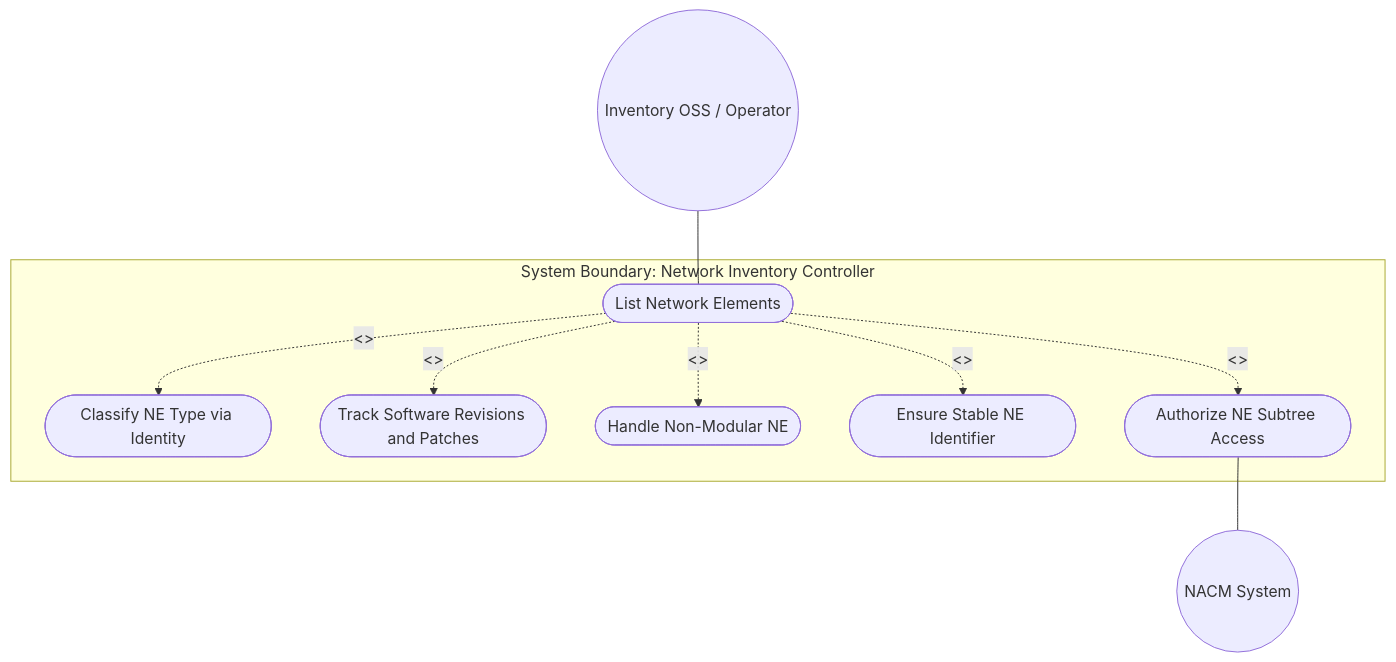
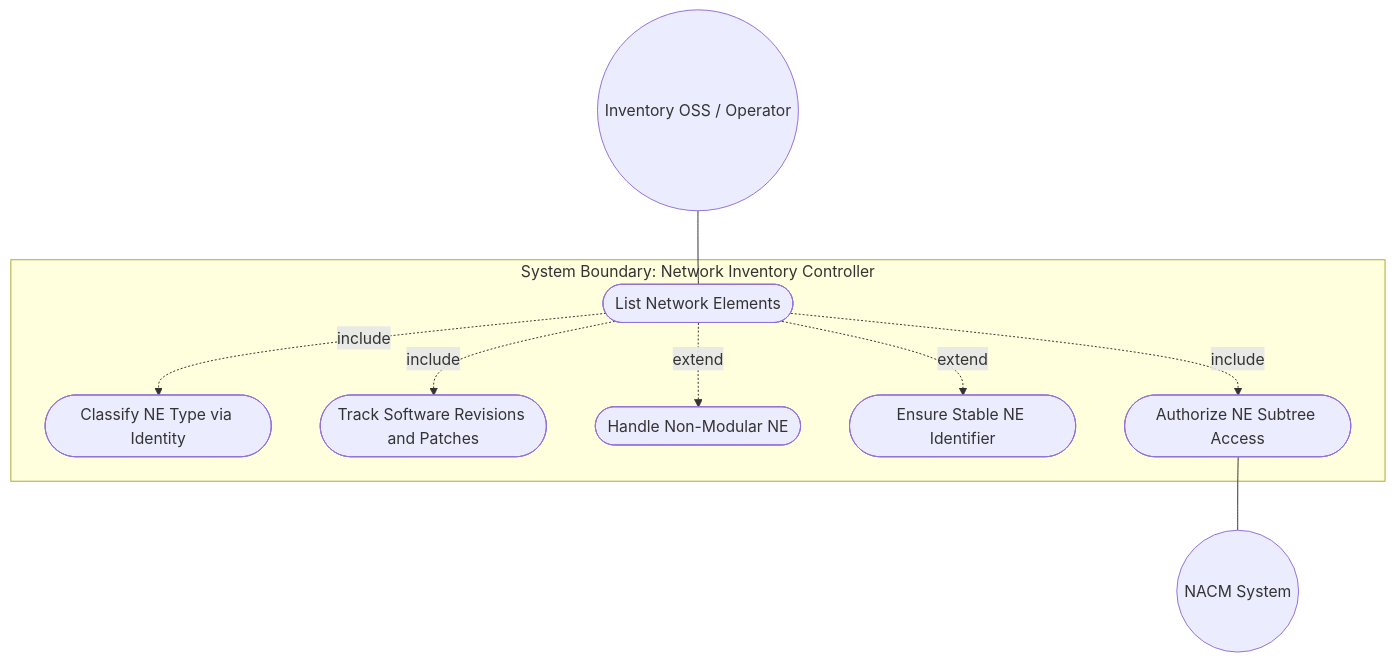
One commit to gintatkinson/3dgs-030 changed the first of 2 diagrams in docs/use-cases/uc-12-network-elements-management.md. Above: the diagram before and after it, drawn with Mermaid. The commit also changed 17 other files, not shown here.

Commit message:
docs: fix Mermaid UML rendering in all 18 use cases -- remove <<include>>/<<extend>> angle brackets causing GitHub renderer failure

````diff
--- a/docs/use-cases/uc-12-network-elements-management.md
+++ b/docs/use-cases/uc-12-network-elements-management.md
@@ -119,18 +119,18 @@
 ```mermaid
 graph TD
     subgraph "System Boundary: Network Inventory Controller"
         UC_ListNE([List Network Elements])
         UC_ClassifyType([Classify NE Type via Identity])
         UC_TrackSW([Track Software Revisions and Patches])
         UC_NonModular([Handle Non-Modular NE])
         UC_StableID([Ensure Stable NE Identifier])
         UC_AuthNE([Authorize NE Subtree Access])
     end
     OSS_Op((Inventory OSS / Operator)) --- UC_ListNE
-    UC_ListNE -. "<<include>>" .-> UC_ClassifyType
-    UC_ListNE -. "<<include>>" .-> UC_TrackSW
-    UC_ListNE -. "<<include>>" .-> UC_AuthNE
-    UC_ListNE -. "<<extend>>" .-> UC_NonModular
-    UC_ListNE -. "<<extend>>" .-> UC_StableID
+    UC_ListNE -. "include" .-> UC_ClassifyType
+    UC_ListNE -. "include" .-> UC_TrackSW
+    UC_ListNE -. "include" .-> UC_AuthNE
+    UC_ListNE -. "extend" .-> UC_NonModular
+    UC_ListNE -. "extend" .-> UC_StableID
     UC_AuthNE --- NACM((NACM System))
 ```
````
